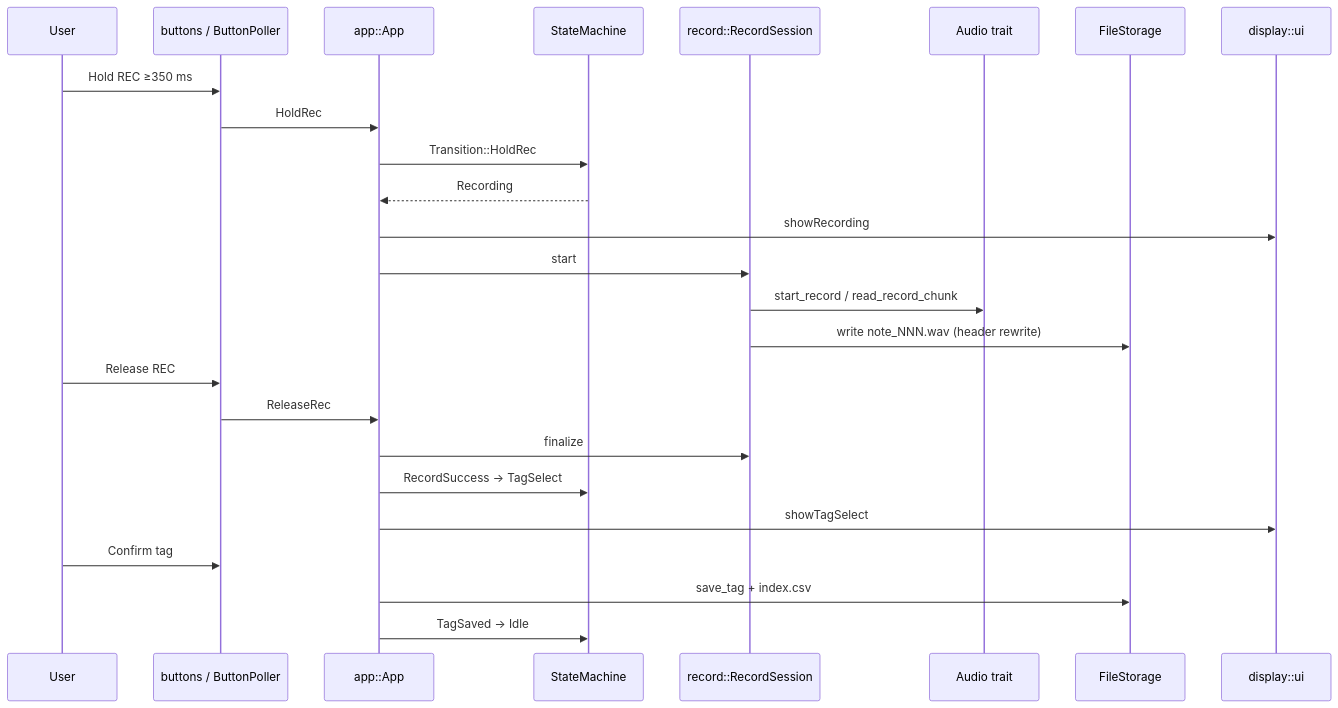
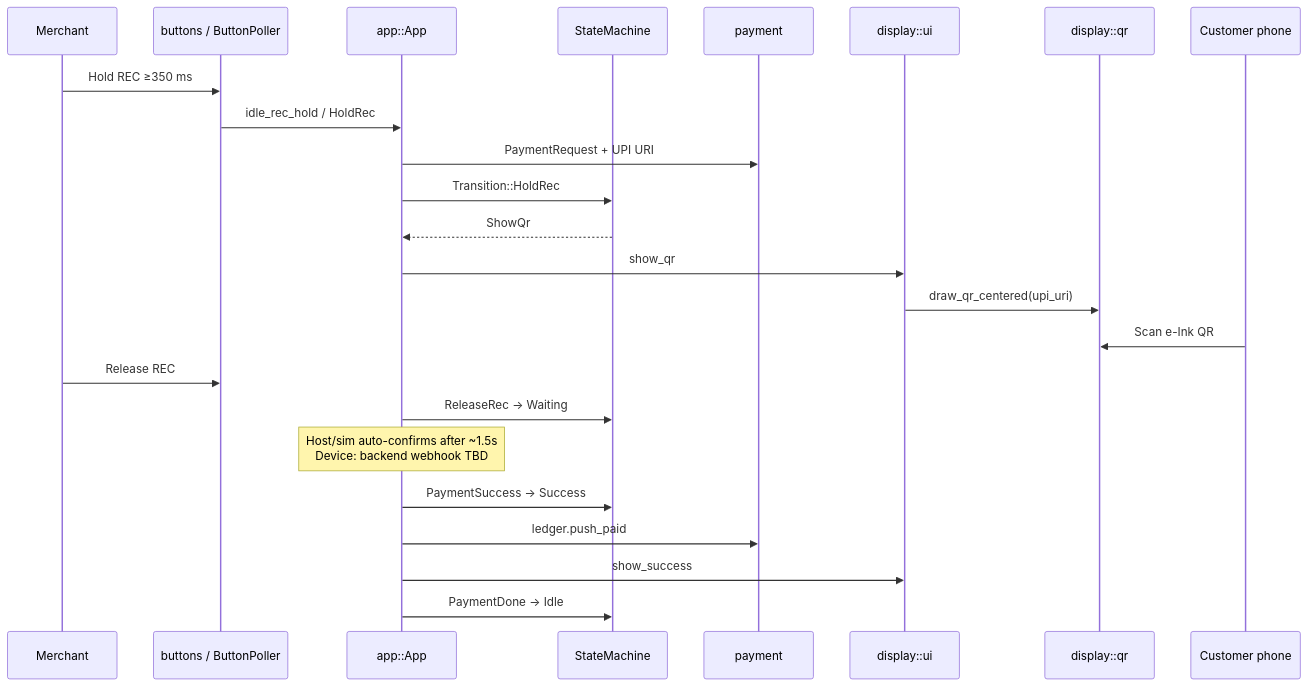
One commit to akashsoni01/zoop changed the third of 5 diagrams in docs/architecture.md. Above: the diagram before and after it, drawn with Mermaid. The commit also changed other lines of this file and 28 other files, not shown here.

````diff
--- a/docs/architecture.md
+++ b/docs/architecture.md
@@ -72,28 +79,27 @@
 ```mermaid
 sequenceDiagram
-  participant User
+  participant User as Merchant
   participant Buttons as buttons / ButtonPoller
   participant App as app::App
   participant SM as StateMachine
-  participant Rec as record::RecordSession
-  participant Audio as Audio trait
-  participant Store as FileStorage
+  participant Pay as payment
   participant UI as display::ui
+  participant QR as display::qr
+  participant Cust as Customer phone
 
   User->>Buttons: Hold REC ≥350 ms
-  Buttons->>App: HoldRec
+  Buttons->>App: idle_rec_hold / HoldRec
+  App->>Pay: PaymentRequest + UPI URI
   App->>SM: Transition::HoldRec
-  SM-->>App: Recording
-  App->>UI: showRecording
-  App->>Rec: start
-  Rec->>Audio: start_record / read_record_chunk
-  Rec->>Store: write note_NNN.wav (header rewrite)
+  SM-->>App: ShowQr
+  App->>UI: show_qr
+  UI->>QR: draw_qr_centered(upi_uri)
+  Cust->>QR: Scan e-Ink QR
   User->>Buttons: Release REC
-  Buttons->>App: ReleaseRec
-  App->>Rec: finalize
-  App->>SM: RecordSuccess → TagSelect
-  App->>UI: showTagSelect
-  User->>Buttons: Confirm tag
-  App->>Store: save_tag + index.csv
-  App->>SM: TagSaved → Idle
+  App->>SM: ReleaseRec → Waiting
+  Note over App: Host/sim auto-confirms after ~1.5s<br/>Device: backend webhook TBD
+  App->>SM: PaymentSuccess → Success
+  App->>Pay: ledger.push_paid
+  App->>UI: show_success
+  App->>SM: PaymentDone → Idle
 ```
````
